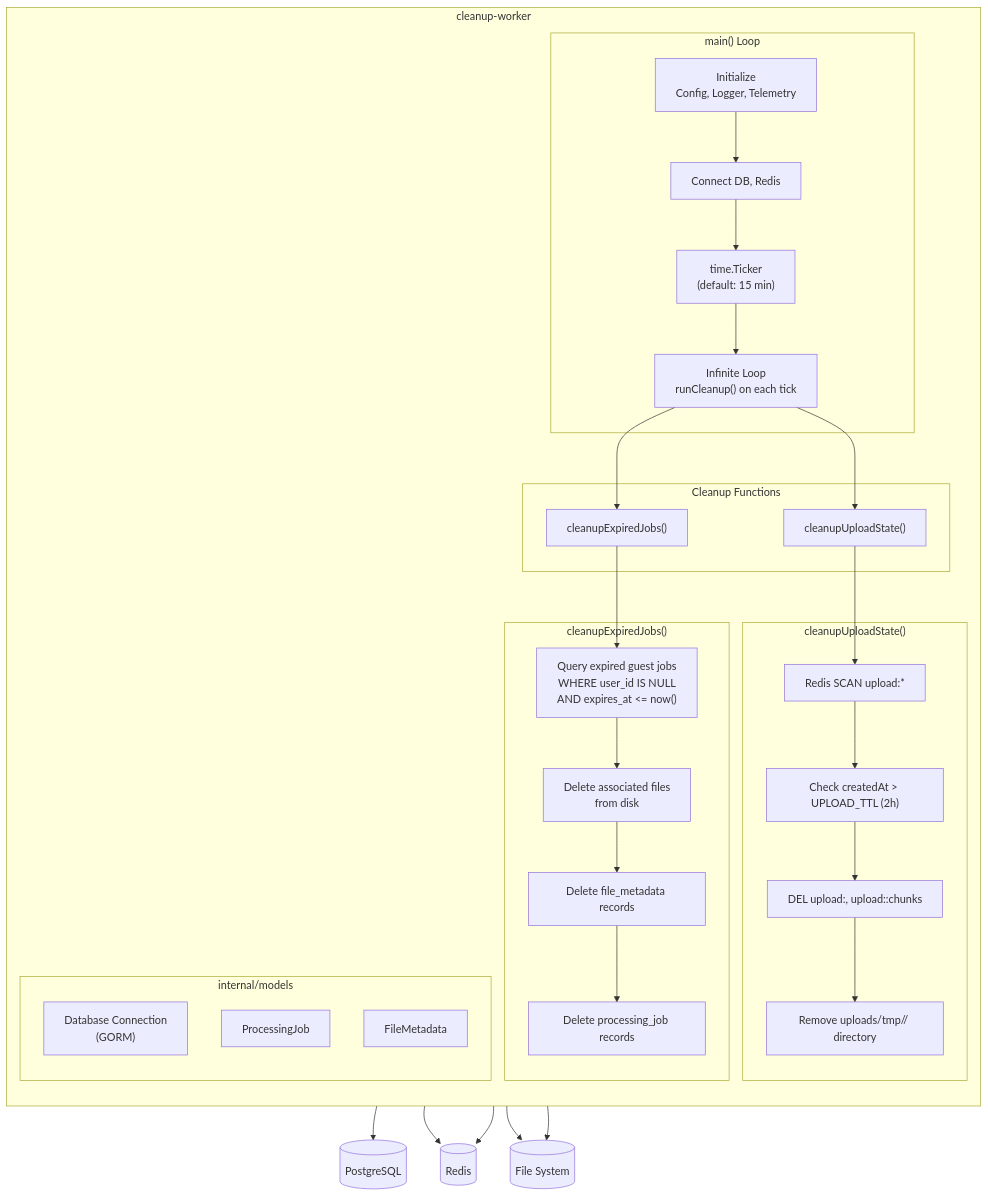
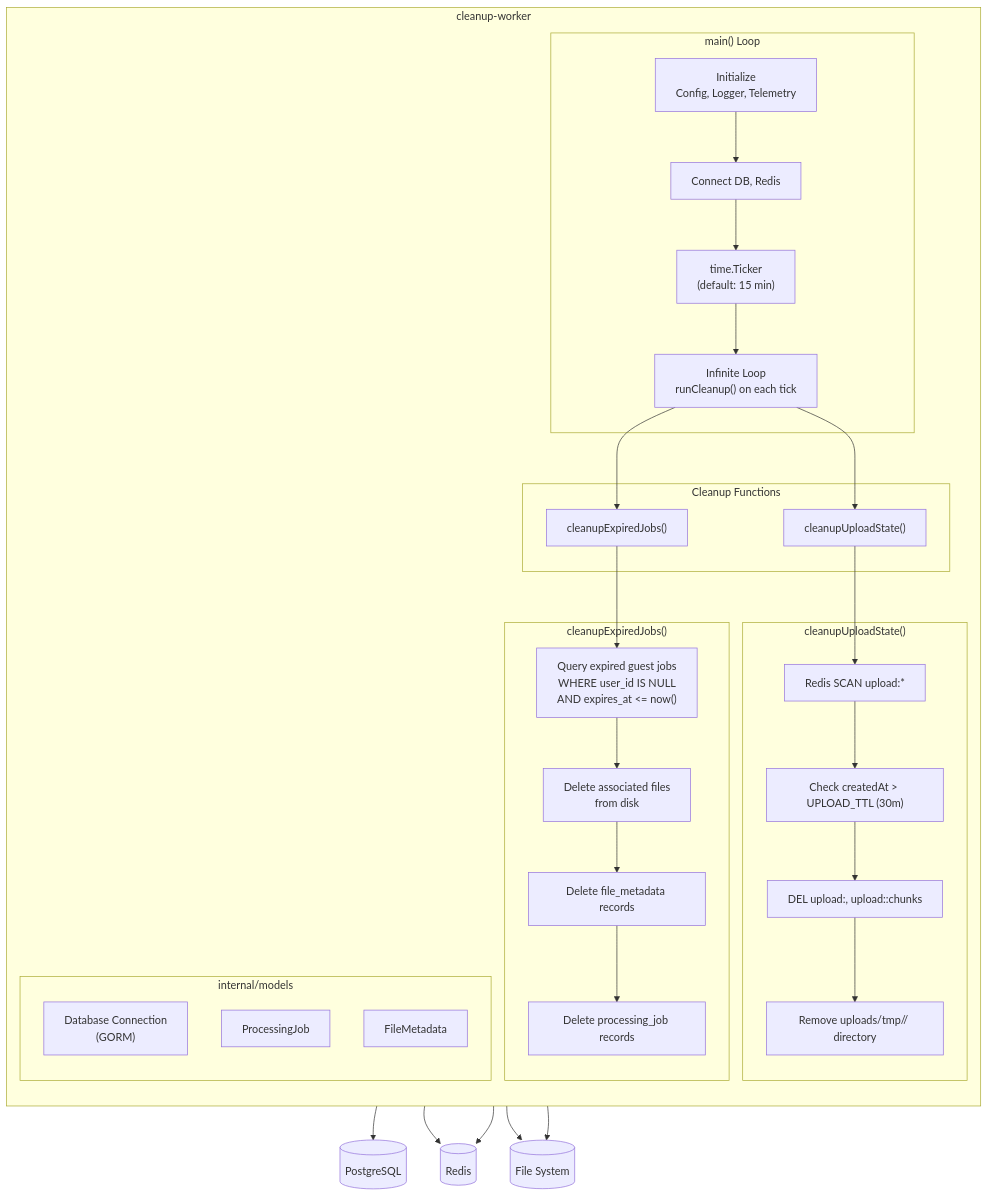
One commit to Prachidubey2003/fyredocs_backend changed the first of 3 diagrams in docs/mermaid/service-cleanup-worker-architecture.md. Above: the diagram before and after it, drawn with Mermaid. The commit also changed other lines of this file and 12 other files, not shown here.

````diff
--- a/docs/mermaid/service-cleanup-worker-architecture.md
+++ b/docs/mermaid/service-cleanup-worker-architecture.md
@@ -7,51 +7,51 @@
 ```mermaid
 graph TB
     subgraph cleanup-worker[" cleanup-worker "]
         direction TB
 
         subgraph Main["main() Loop"]
             INIT["Initialize<br/>Config, Logger, Telemetry"]
             CONNECT["Connect DB, Redis"]
             TICKER["time.Ticker<br/>(default: 15 min)"]
             LOOP["Infinite Loop<br/>runCleanup() on each tick"]
         end
 
         subgraph Cleanup["Cleanup Functions"]
             EXPIRED["cleanupExpiredJobs()"]
             UPLOAD["cleanupUploadState()"]
         end
 
         subgraph ExpiredJobs["cleanupExpiredJobs()"]
             QUERY["Query expired guest jobs<br/>WHERE user_id IS NULL<br/>AND expires_at <= now()"]
             DELETE_FILES["Delete associated files<br/>from disk"]
             DELETE_META["Delete file_metadata records"]
             DELETE_JOB["Delete processing_job records"]
         end
 
         subgraph UploadState["cleanupUploadState()"]
             SCAN["Redis SCAN upload:*"]
-            CHECK_TTL["Check createdAt > UPLOAD_TTL (2h)"]
+            CHECK_TTL["Check createdAt > UPLOAD_TTL (30m)"]
             DELETE_REDIS["DEL upload:<id>, upload:<id>:chunks"]
             DELETE_DIR["Remove uploads/tmp/<id>/ directory"]
         end
 
         subgraph Models["internal/models"]
             DB_CONN["Database Connection<br/>(GORM)"]
             JOB_MODEL["ProcessingJob"]
             FILE_MODEL["FileMetadata"]
         end
     end
 
     INIT --> CONNECT --> TICKER --> LOOP
     LOOP --> EXPIRED
     LOOP --> UPLOAD
 
     EXPIRED --> QUERY --> DELETE_FILES --> DELETE_META --> DELETE_JOB
     UPLOAD --> SCAN --> CHECK_TTL --> DELETE_REDIS --> DELETE_DIR
 
     DB_CONN --> PG[(PostgreSQL)]
     SCAN --> Redis[(Redis)]
     DELETE_REDIS --> Redis
     DELETE_FILES --> Disk[(File System)]
     DELETE_DIR --> Disk
 ```
````
